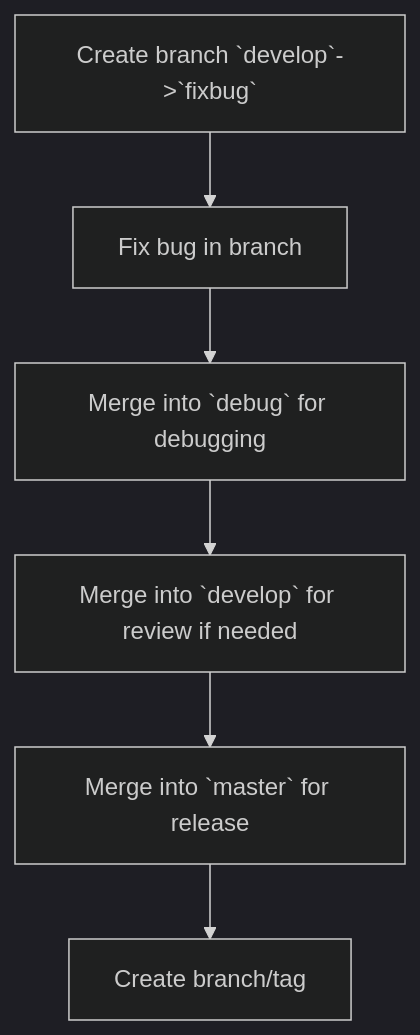
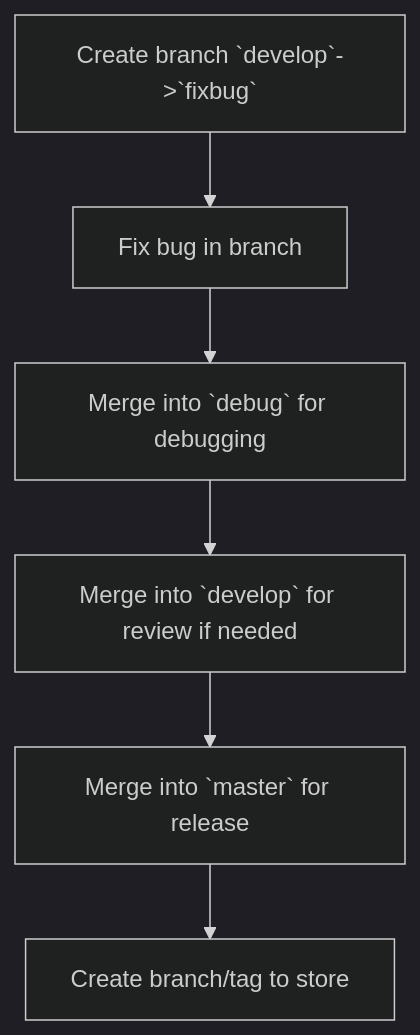
The sixth of 8 diagrams in development_flow.md (UGC-Team/wiki), drawn with Mermaid (dark theme) before and after one commit. The commit also changed other lines of this file, not shown here.

````diff
--- a/development_flow.md
+++ b/development_flow.md
@@ -79,14 +85,14 @@
 ```mermaid
 graph TD;
     id1["Create branch `develop`->`fixbug`"]
     id2["Fix bug in branch"]
     id3["Merge into `debug` for debugging"]
     id4["Merge into `develop` for review if needed"]
     id5["Merge into `master` for release"]
-    id6["Create branch/tag"]
+    id6["Create branch/tag to store"]
     id1 --> id2;      
     id2 --> id3;    
     id3 --> id4;    
     id4 --> id5;    
     id5 --> id6;    
 ```
````
